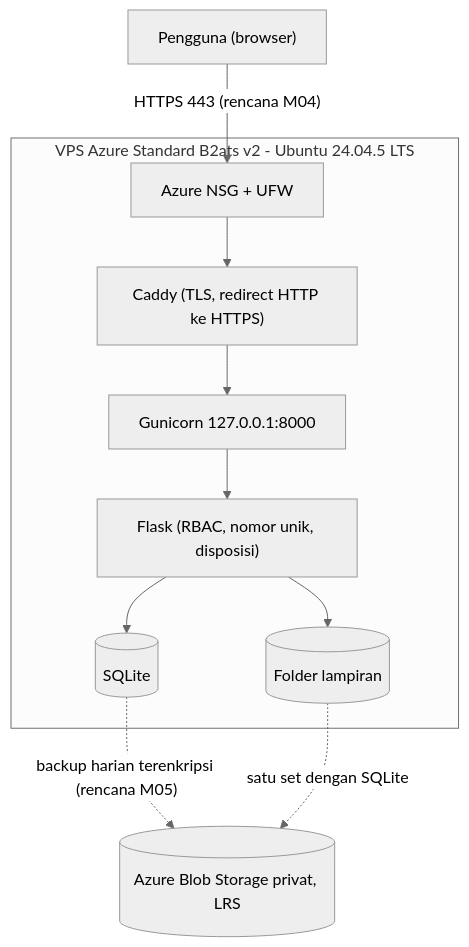
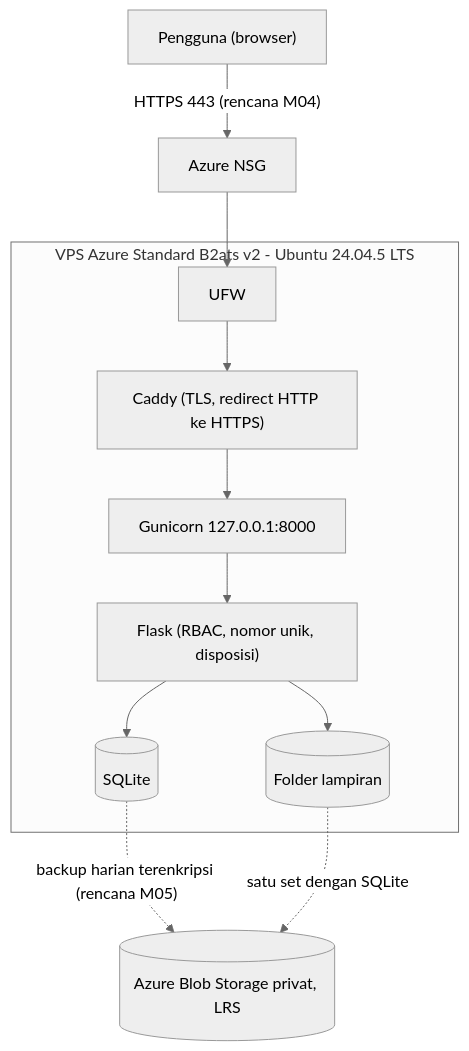
Before and after one commit to fennywidiany/cc-25832074005-surat: the second of 2 diagrams in docs/architecture.md, drawn with Mermaid (neutral theme). The commit also changed other lines of this file, not shown here.

Commit message:
Revise architecture documentation and resource details
Updated architecture diagram and resource constraints.

````diff
--- a/docs/architecture.md
+++ b/docs/architecture.md
@@ -15,13 +16,14 @@
 ```mermaid
 flowchart TD
-    U["Pengguna (browser)"] -->|"HTTPS 443 (rencana M04)"| FW["Azure NSG + UFW"]
+    U["Pengguna (browser)"] -->|"HTTPS 443 (rencana M04)"| N["Azure NSG"]
     subgraph VPS["VPS Azure Standard B2ats v2 - Ubuntu 24.04.5 LTS"]
-        FW --> C["Caddy (TLS, redirect HTTP ke HTTPS)"]
+        W["UFW"] --> C["Caddy (TLS, redirect HTTP ke HTTPS)"]
         C --> G["Gunicorn 127.0.0.1:8000"]
         G --> F["Flask (RBAC, nomor unik, disposisi)"]
         F --> D[("SQLite")]
         F --> L[("Folder lampiran")]
     end
+    N --> W
     D -. "backup harian terenkripsi (rencana M05)" .-> B[("Azure Blob Storage privat, LRS")]
     L -. "satu set dengan SQLite" .-> B
 ```
````
